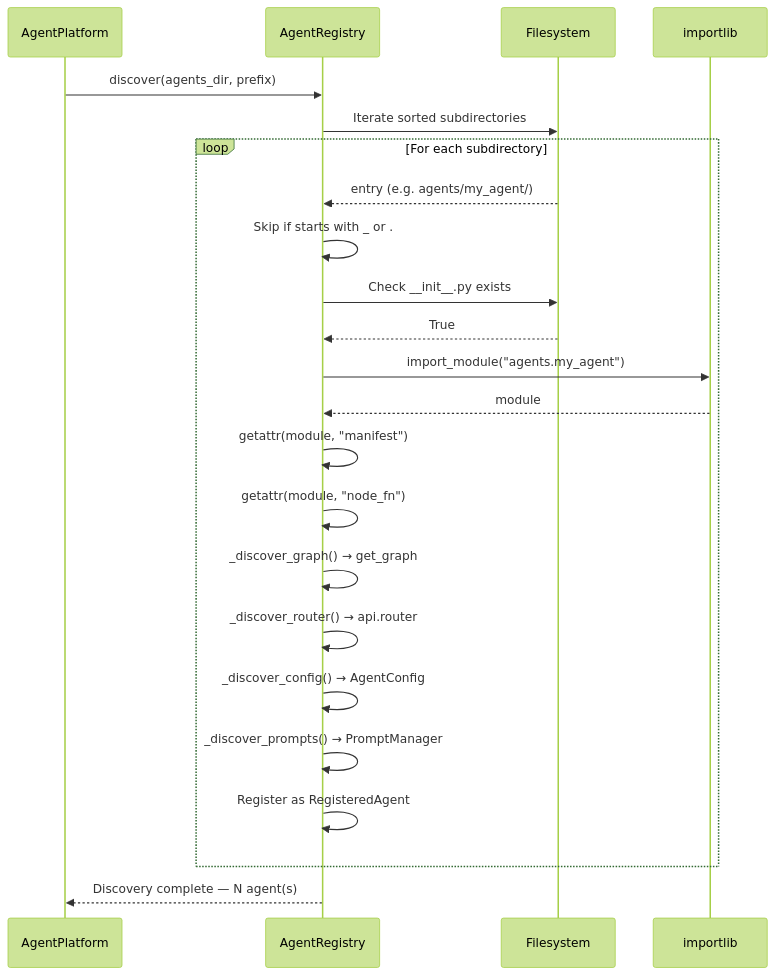
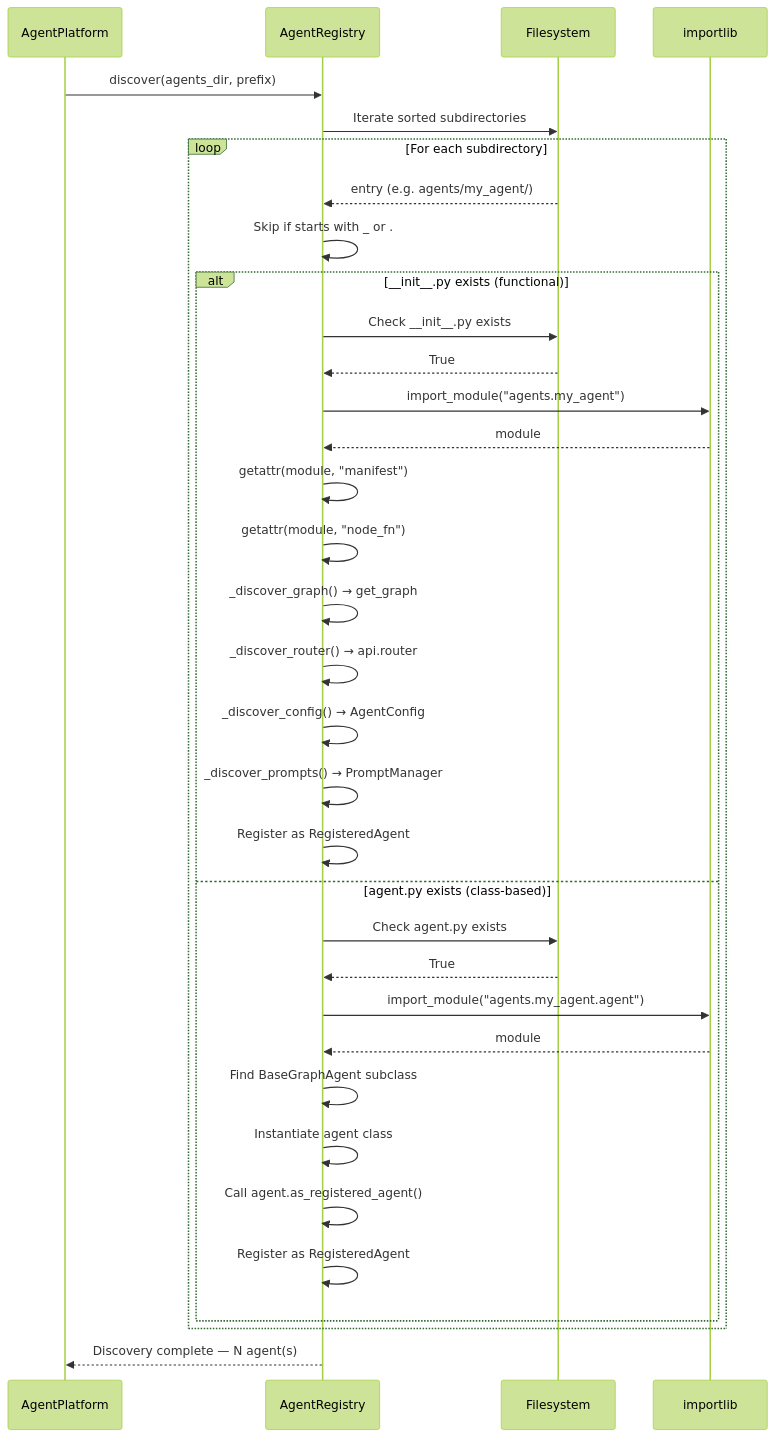
The third of 3 diagrams in docs/guide/agent-structure.md (UnicoLab/agentomatic), drawn with Mermaid (forest theme) before and after one commit. The commit also changed other lines of this file and 27 other files, not shown here.

````diff
--- a/docs/guide/agent-structure.md
+++ b/docs/guide/agent-structure.md
@@ -184,26 +231,37 @@
 ```mermaid
 sequenceDiagram
     participant P as AgentPlatform
     participant R as AgentRegistry
     participant FS as Filesystem
     participant I as importlib
 
     P->>R: discover(agents_dir, prefix)
     R->>FS: Iterate sorted subdirectories
     loop For each subdirectory
         FS-->>R: entry (e.g. agents/my_agent/)
         R->>R: Skip if starts with _ or .
-        R->>FS: Check __init__.py exists
-        FS-->>R: True
-        R->>I: import_module("agents.my_agent")
-        I-->>R: module
-        R->>R: getattr(module, "manifest")
-        R->>R: getattr(module, "node_fn")
-        R->>R: _discover_graph() → get_graph
-        R->>R: _discover_router() → api.router
-        R->>R: _discover_config() → AgentConfig
-        R->>R: _discover_prompts() → PromptManager
-        R->>R: Register as RegisteredAgent
+        alt __init__.py exists (functional)
+            R->>FS: Check __init__.py exists
+            FS-->>R: True
+            R->>I: import_module("agents.my_agent")
+            I-->>R: module
+            R->>R: getattr(module, "manifest")
+            R->>R: getattr(module, "node_fn")
+            R->>R: _discover_graph() → get_graph
+            R->>R: _discover_router() → api.router
+            R->>R: _discover_config() → AgentConfig
+            R->>R: _discover_prompts() → PromptManager
+            R->>R: Register as RegisteredAgent
+        else agent.py exists (class-based)
+            R->>FS: Check agent.py exists
+            FS-->>R: True
+            R->>I: import_module("agents.my_agent.agent")
+            I-->>R: module
+            R->>R: Find BaseGraphAgent subclass
+            R->>R: Instantiate agent class
+            R->>R: Call agent.as_registered_agent()
+            R->>R: Register as RegisteredAgent
+        end
     end
     R-->>P: Discovery complete — N agent(s)
 ```
````
